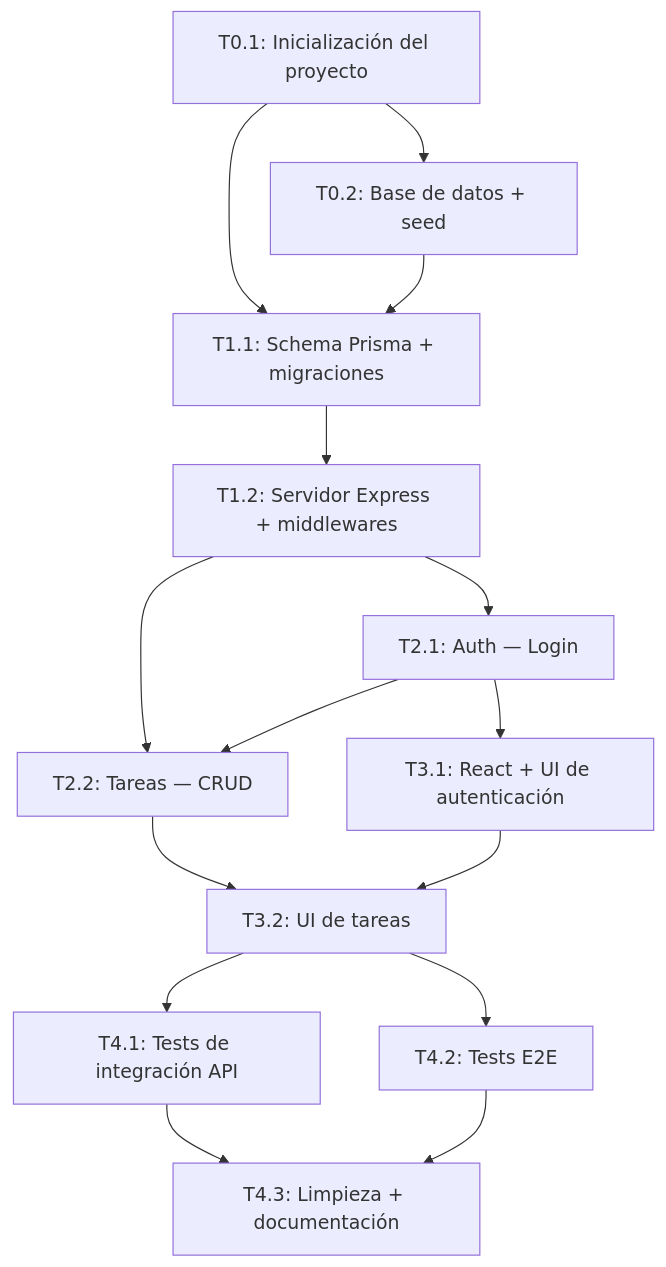
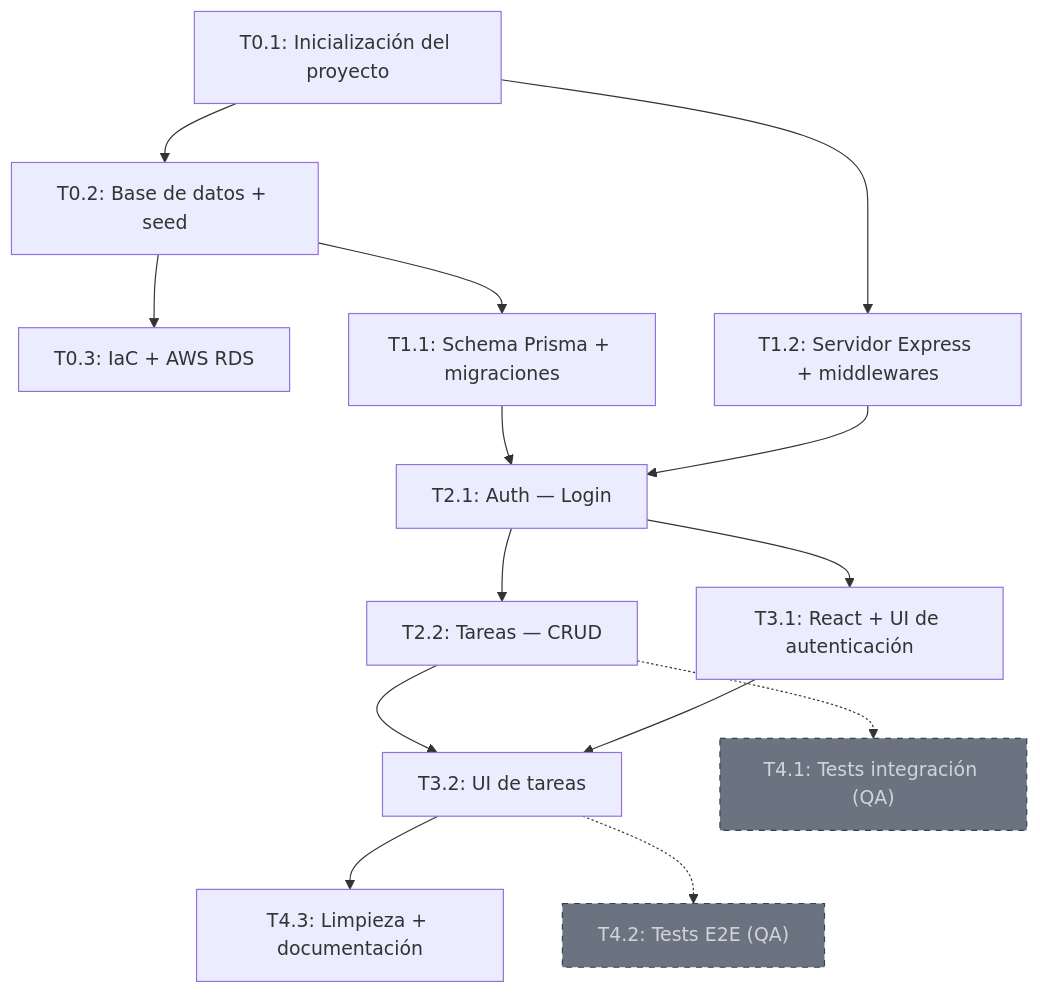
Before and after one commit to FactoriaUnipago/sdd_sandbox_1: the diagram in specs/AB#104567-task-manager-core/tasks.md, drawn with Mermaid.

Commit message:
docs(specs): fix dependency graph — add T0.3, defer T4.1/T4.2 QA AB#104568

````diff
--- a/specs/AB#104567-task-manager-core/tasks.md
+++ b/specs/AB#104567-task-manager-core/tasks.md
@@ -32,17 +32,19 @@
 ```mermaid
 graph TD
     T0_1["T0.1: Inicialización del proyecto"] --> T0_2["T0.2: Base de datos + seed"]
-    T0_1 --> T1_1["T1.1: Schema Prisma + migraciones"]
-    T0_2 --> T1_1
-    T1_1 --> T1_2["T1.2: Servidor Express + middlewares"]
-    T1_2 --> T2_1["T2.1: Auth — Login"]
-    T1_2 --> T2_2["T2.2: Tareas — CRUD"]
-    T2_1 --> T2_2
+    T0_2 --> T0_3["T0.3: IaC + AWS RDS"]
+    T0_1 --> T1_2["T1.2: Servidor Express + middlewares"]
+    T0_2 --> T1_1["T1.1: Schema Prisma + migraciones"]
+    T1_1 --> T2_1["T2.1: Auth — Login"]
+    T1_2 --> T2_1
+    T2_1 --> T2_2["T2.2: Tareas — CRUD"]
     T2_1 --> T3_1["T3.1: React + UI de autenticación"]
     T2_2 --> T3_2["T3.2: UI de tareas"]
     T3_1 --> T3_2
-    T3_2 --> T4_1["T4.1: Tests de integración API"]
-    T3_2 --> T4_2["T4.2: Tests E2E"]
-    T4_1 --> T4_3["T4.3: Limpieza + documentación"]
-    T4_2 --> T4_3
+    T3_2 --> T4_3["T4.3: Limpieza + documentación"]
+
+    T2_2 -.-> T4_1["T4.1: Tests integración (QA)"]:::qa
+    T3_2 -.-> T4_2["T4.2: Tests E2E (QA)"]:::qa
+
+    classDef qa fill:#6b7280,stroke:#374151,color:#d1d5db,stroke-dasharray: 5 5
 ```
````
